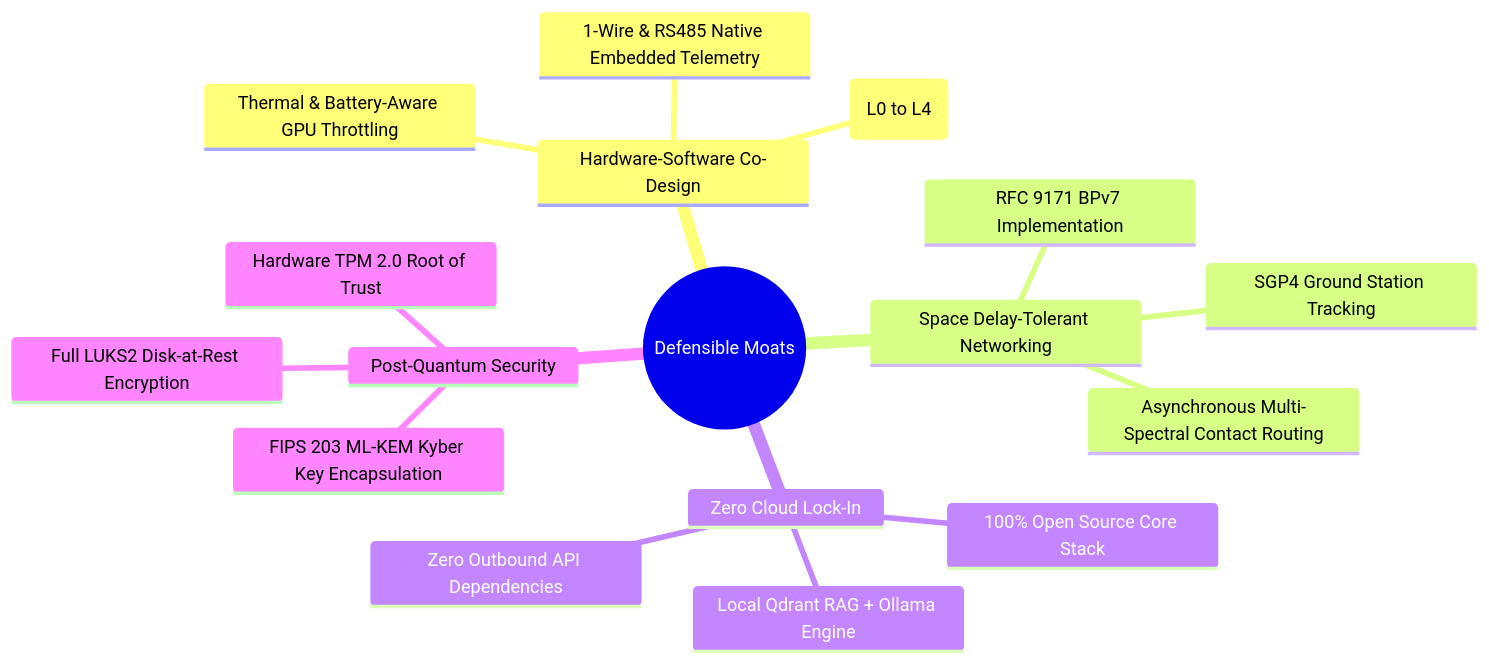
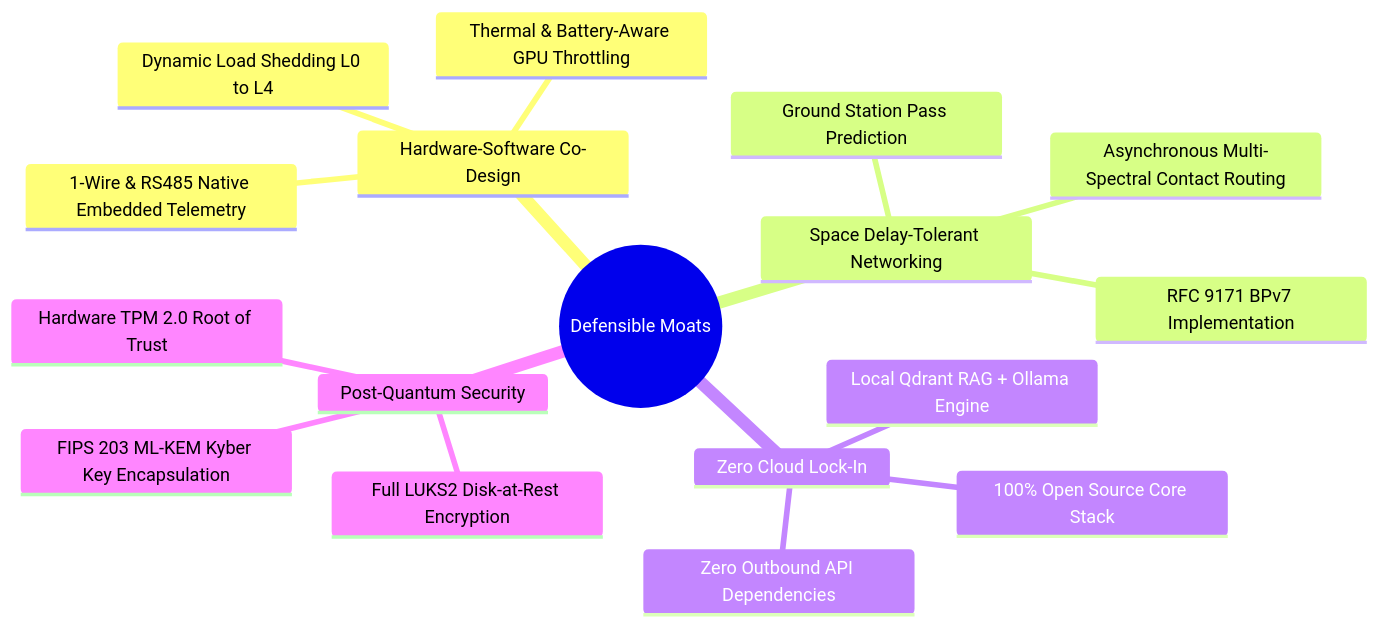
One commit to iliachry/sovereign-mini-datacenter changed the fifth of 5 diagrams in COMMERCIALIZATION.md. Above: the diagram before and after it, drawn with Mermaid. The commit also changed other lines of this file and 174 other files, not shown here.

````diff
--- a/COMMERCIALIZATION.md
+++ b/COMMERCIALIZATION.md
@@ -150,20 +155,20 @@
 ```mermaid
 mindmap
   root((Defensible Moats))
     Hardware-Software Co-Design
-      Dynamic Load Shedding (L0 to L4)
+      Dynamic Load Shedding L0 to L4
       Thermal & Battery-Aware GPU Throttling
       1-Wire & RS485 Native Embedded Telemetry
     Space Delay-Tolerant Networking
       RFC 9171 BPv7 Implementation
-      SGP4 Ground Station Tracking
+      Ground Station Pass Prediction
       Asynchronous Multi-Spectral Contact Routing
     Zero Cloud Lock-In
       100% Open Source Core Stack
       Local Qdrant RAG + Ollama Engine
       Zero Outbound API Dependencies
     Post-Quantum Security
       Hardware TPM 2.0 Root of Trust
       FIPS 203 ML-KEM Kyber Key Encapsulation
       Full LUKS2 Disk-at-Rest Encryption
 ```
````
